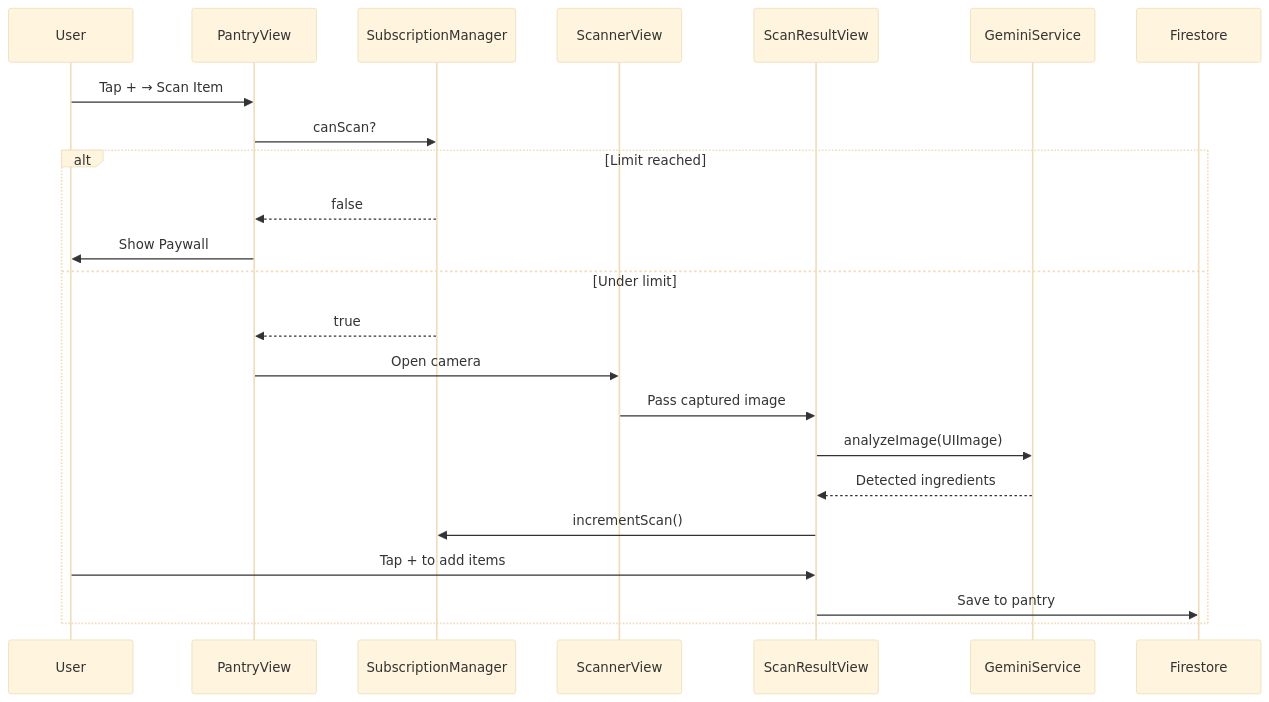
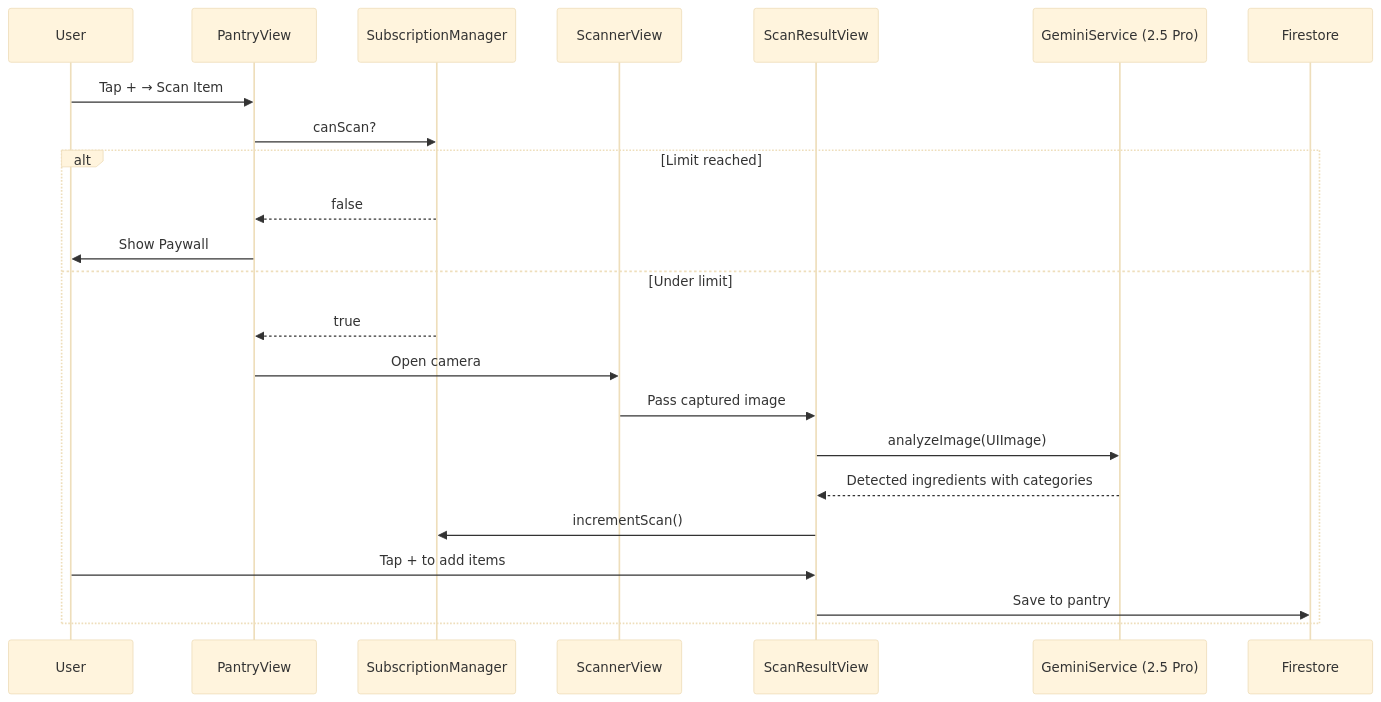
Before and after one commit to krishnayah/crave-technical: the diagram in content/docs/data-flow.md, drawn with Mermaid (base theme). The commit also changed other lines of this file and 10 other files, not shown here.

````diff
--- a/content/docs/data-flow.md
+++ b/content/docs/data-flow.md
@@ -13,26 +22,26 @@
 ```mermaid
 sequenceDiagram
     participant U as User
     participant PV as PantryView
     participant SM as SubscriptionManager
     participant SV as ScannerView
     participant SR as ScanResultView
-    participant GS as GeminiService
+    participant GS as GeminiService (2.5 Pro)
     participant FS as Firestore
 
     U->>PV: Tap + → Scan Item
     PV->>SM: canScan?
     alt Limit reached
         SM-->>PV: false
         PV->>U: Show Paywall
     else Under limit
         SM-->>PV: true
         PV->>SV: Open camera
         SV->>SR: Pass captured image
         SR->>GS: analyzeImage(UIImage)
-        GS-->>SR: Detected ingredients
+        GS-->>SR: Detected ingredients with categories
         SR->>SM: incrementScan()
         U->>SR: Tap + to add items
         SR->>FS: Save to pantry
     end
 ```
````
